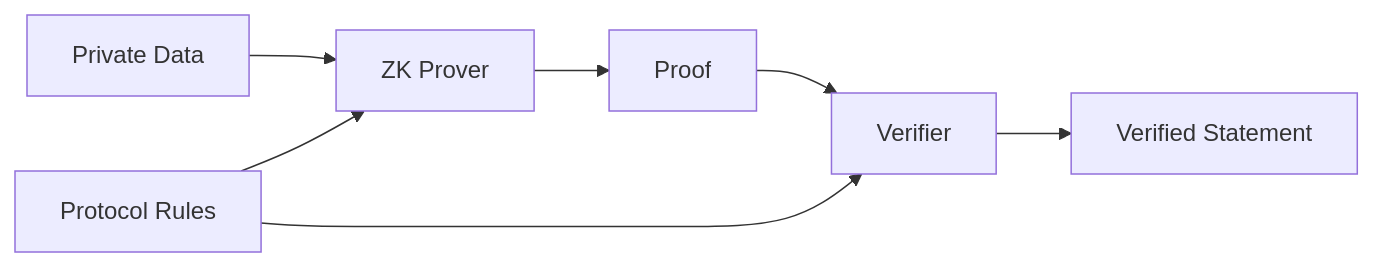
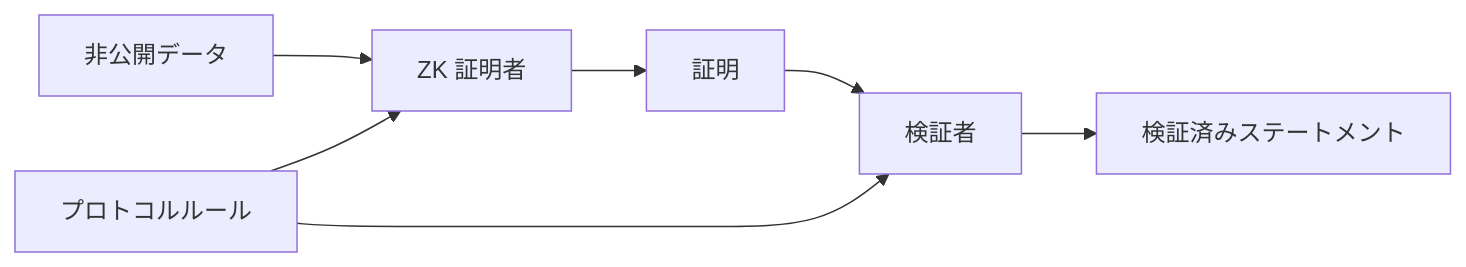
One commit to ShigeichiroYamasaki/creator-first-platform changed the first of 3 diagrams in docs/adr/ADR-0006-zero-knowledge-proof-strategy.md. Above: the diagram before and after it, drawn with Mermaid. The commit also changed other lines of this file and 72 other files, not shown here.

````diff
--- a/docs/adr/ADR-0006-zero-knowledge-proof-strategy.md
+++ b/docs/adr/ADR-0006-zero-knowledge-proof-strategy.md
@@ -72,14 +72,14 @@
 ```mermaid
 flowchart LR
-    PRIVATE[Private Data]
-    RULE[Protocol Rules]
-    PROVER[ZK Prover]
-    PROOF[Proof]
-    VERIFY[Verifier]
-    RESULT[Verified Statement]
+    PRIVATE[非公開データ]
+    RULE[プロトコルルール]
+    PROVER[ZK 証明者]
+    PROOF[証明]
+    VERIFY[検証者]
+    RESULT[検証済みステートメント]
 
     PRIVATE --> PROVER
     RULE --> PROVER
     PROVER --> PROOF --> VERIFY --> RESULT
     RULE --> VERIFY
 ```
````
